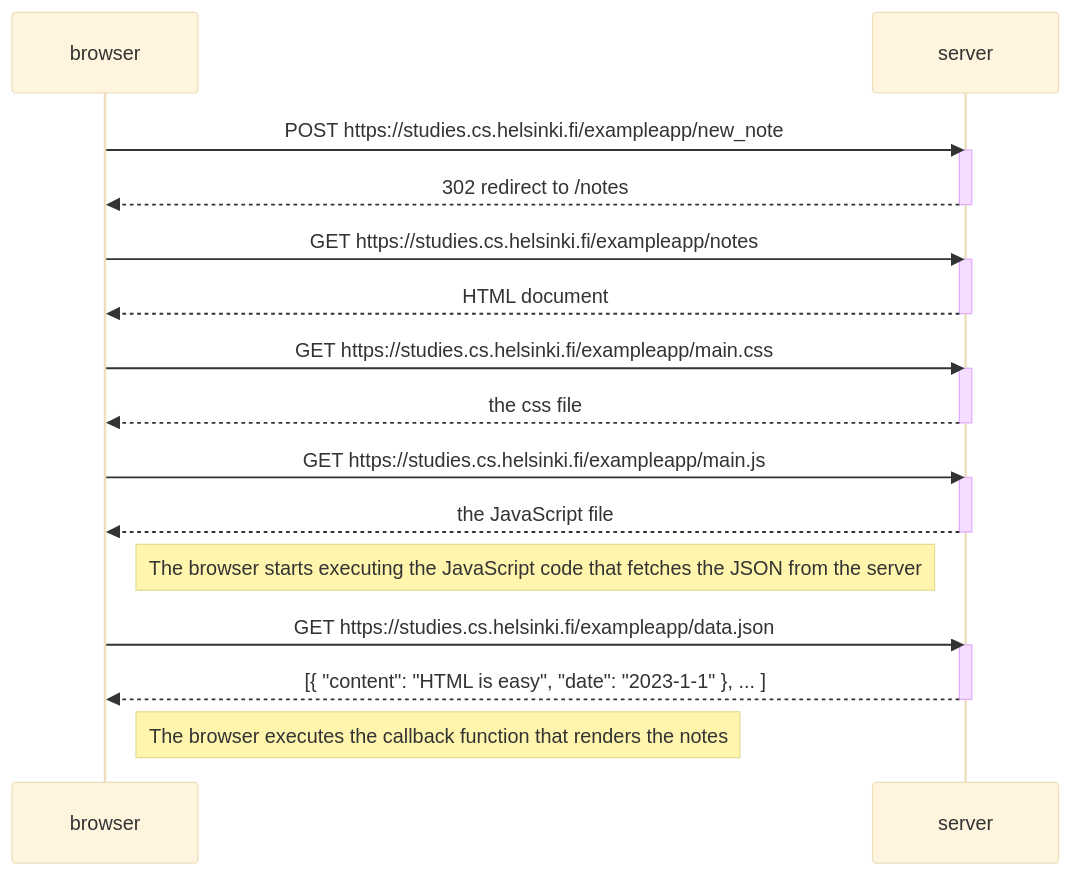
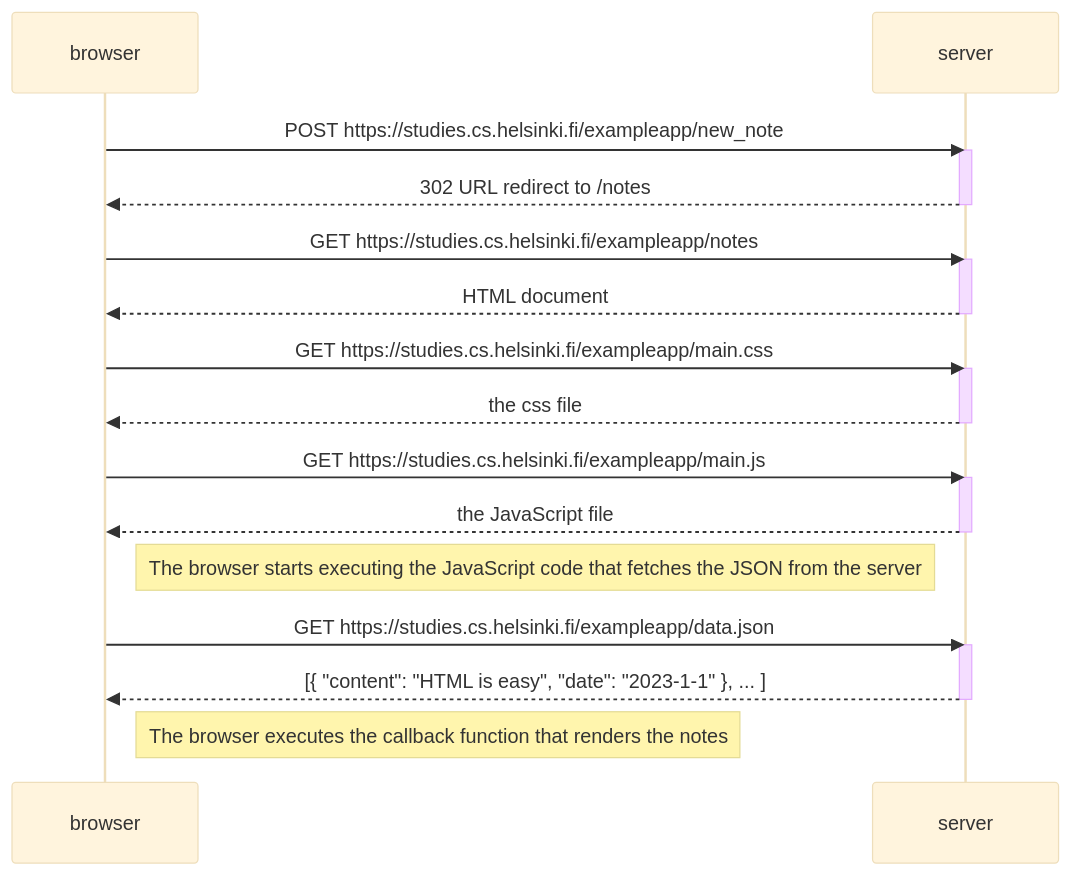
The diagram in excersize 4.md (juho6942/Part_0_exercises), drawn with Mermaid (base theme) before and after one commit.

Commit message:
Excersize 4.md

````diff
--- a/excersize 4.md
+++ b/excersize 4.md
@@ -1,34 +1,34 @@
 ```mermaid
 sequenceDiagram
     participant browser
     participant server
     
     browser->>server: POST https://studies.cs.helsinki.fi/exampleapp/new_note
     activate server
-    server-->>browser: 302 redirect to /notes
+    server-->>browser: 302 URL redirect to /notes
     deactivate server
     
     browser->>server: GET https://studies.cs.helsinki.fi/exampleapp/notes
     activate server
     server-->>browser: HTML document
     deactivate server
 
     browser->>server: GET https://studies.cs.helsinki.fi/exampleapp/main.css
     activate server
     server-->>browser: the css file
     deactivate server
 
     browser->>server: GET https://studies.cs.helsinki.fi/exampleapp/main.js
     activate server
     server-->>browser: the JavaScript file
     deactivate server
 
     Note right of browser: The browser starts executing the JavaScript code that fetches the JSON from the server
 
     browser->>server: GET https://studies.cs.helsinki.fi/exampleapp/data.json
     activate server
     server-->>browser: [{ "content": "HTML is easy", "date": "2023-1-1" }, ... ]
     deactivate server
 
     Note right of browser: The browser executes the callback function that renders the notes
 ```
````
